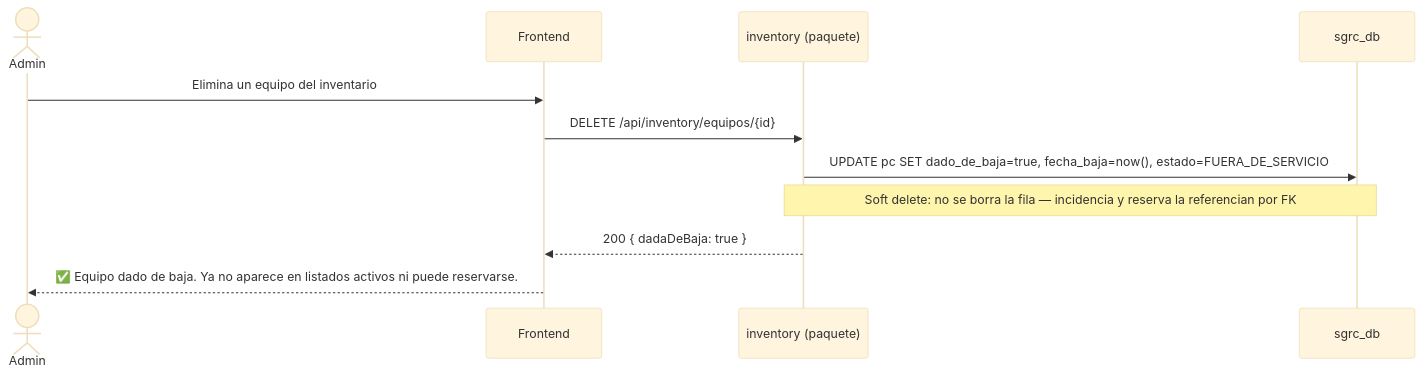
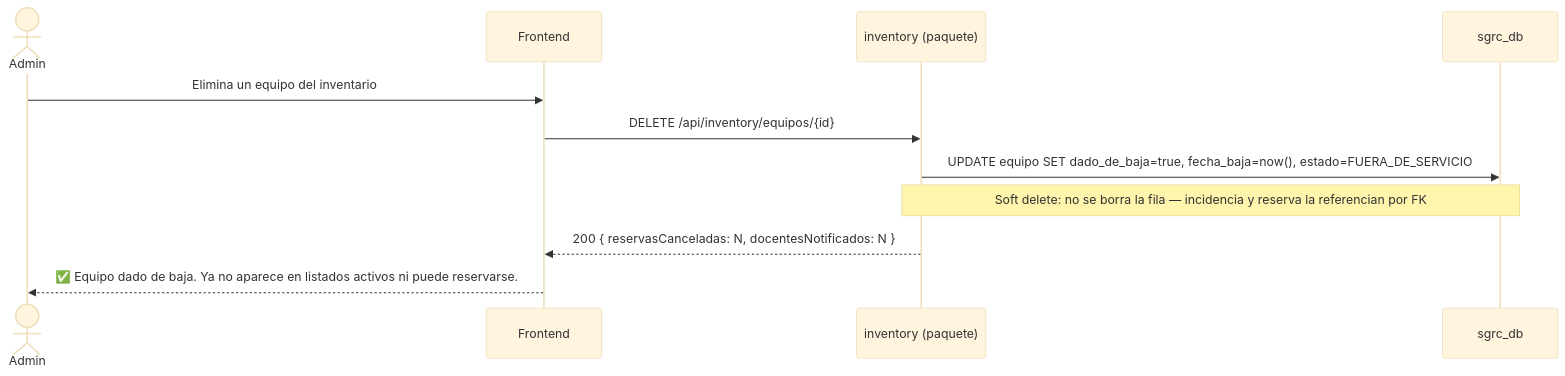
One commit to agustin-y2k/sgrc changed the ninth of 14 diagrams in docs/04-diagramas-secuencia.md. Above: the diagram before and after it, drawn with Mermaid (base theme). The commit also changed other lines of this file and 57 other files, not shown here.

````diff
--- a/docs/04-diagramas-secuencia.md
+++ b/docs/04-diagramas-secuencia.md
@@ -253,14 +288,14 @@
 ```mermaid
 sequenceDiagram
     actor ADM as Admin
     participant FE as Frontend
     participant INV as inventory (paquete)
     participant DB as sgrc_db
 
     ADM->>FE: Elimina un equipo del inventario
     FE->>INV: DELETE /api/inventory/equipos/{id}
-    INV->>DB: UPDATE pc SET dado_de_baja=true, fecha_baja=now(), estado=FUERA_DE_SERVICIO
+    INV->>DB: UPDATE equipo SET dado_de_baja=true, fecha_baja=now(), estado=FUERA_DE_SERVICIO
     Note over INV,DB: Soft delete: no se borra la fila — incidencia y reserva la referencian por FK
-    INV-->>FE: 200 { dadaDeBaja: true }
+    INV-->>FE: 200 { reservasCanceladas: N, docentesNotificados: N }
     FE-->>ADM: ✅ Equipo dado de baja. Ya no aparece en listados activos ni puede reservarse.
 ```
````
